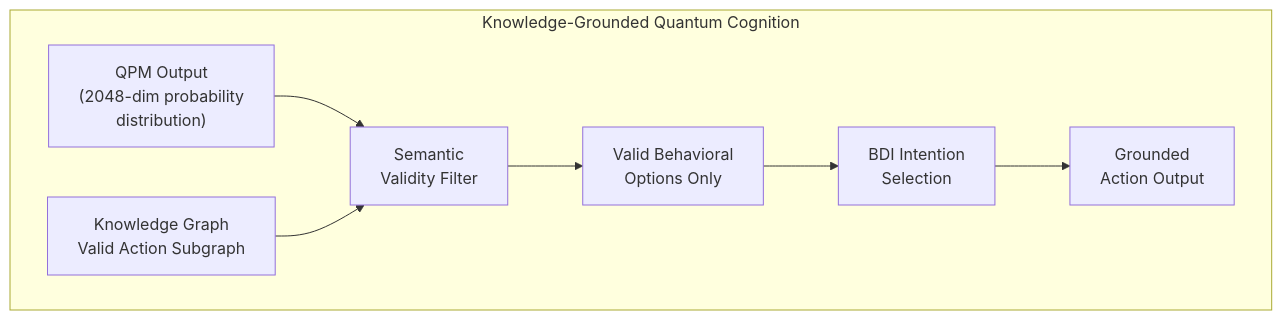
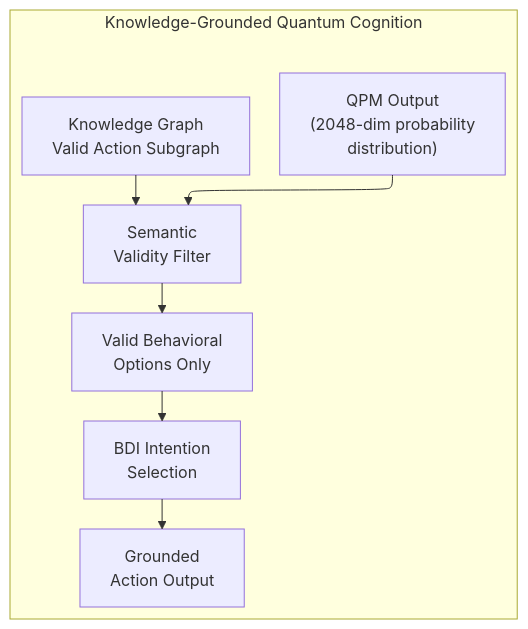
One commit to JustForCodin/Centaurian_Architecture_Implementation changed diagram 14 of 19 in Interpretable_Architectures_Revised_v1.md. Above: the diagram before and after it, drawn with Mermaid. The commit also changed other lines of this file and 2 other files, not shown here.

````diff
--- a/Interpretable_Architectures_Revised_v1.md
+++ b/Interpretable_Architectures_Revised_v1.md
@@ -933,10 +1013,11 @@
 ```mermaid
+%%{init: {"flowchart": {"defaultRenderer": "elk"}} }%%
 graph TD
     subgraph "Knowledge-Grounded Quantum Cognition"
         QPM_OUT["QPM Output<br/>(2048-dim probability<br/>distribution)"] --> FILTER["Semantic<br/>Validity Filter"]
         KG_SUB["Knowledge Graph<br/>Valid Action Subgraph"] --> FILTER
         FILTER --> VALID["Valid Behavioral<br/>Options Only"]
         VALID --> BDI_SEL["BDI Intention<br/>Selection"]
         BDI_SEL --> ACTION_OUT["Grounded<br/>Action Output"]
     end
 ```
````
